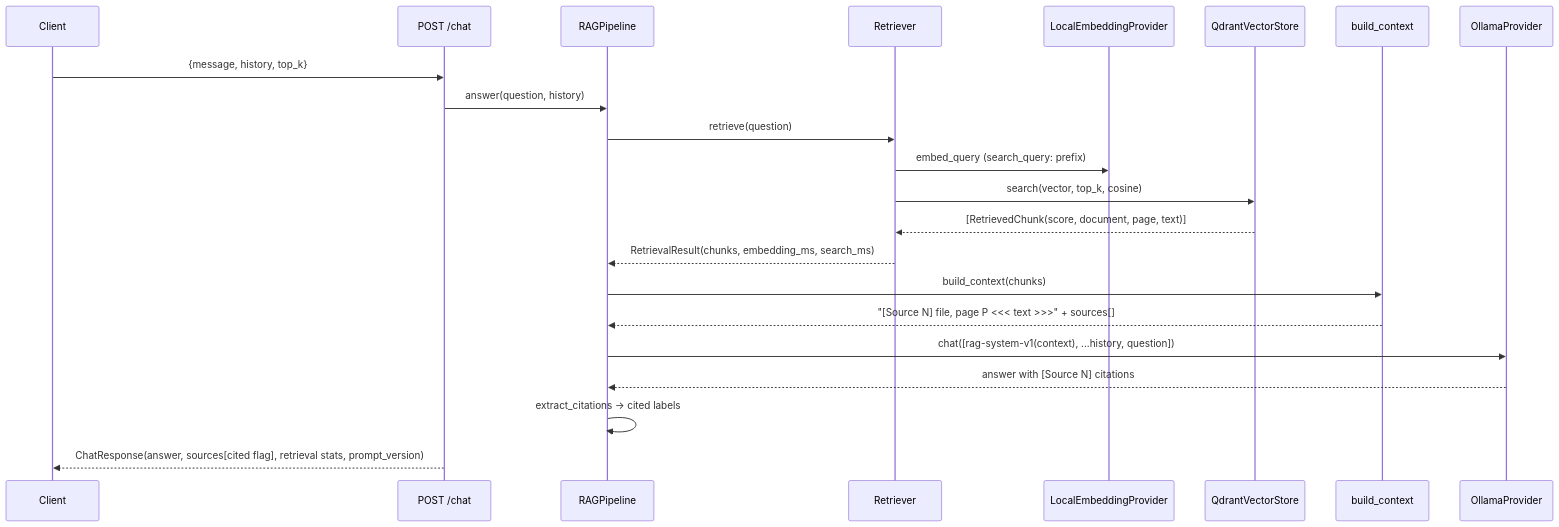
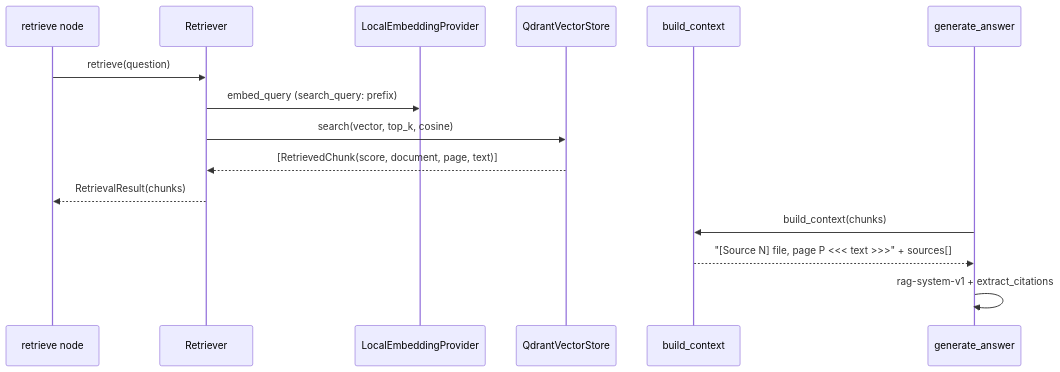
The fourth of 5 diagrams in docs/architecture.md (PMooney03/AgenticAI), drawn with Mermaid before and after one commit. The commit also changed other lines of this file and 49 other files, not shown here.

Commit message:
Phase 4: LangGraph agent decides retrieve vs tool vs answer, with inspectable workflow traces.

````diff
--- a/docs/architecture.md
+++ b/docs/architecture.md
@@ -78,25 +113,18 @@
 ```mermaid
 sequenceDiagram
-    participant C as Client
-    participant A as POST /chat
-    participant P as RAGPipeline
+    participant R as retrieve node
     participant T as Retriever
     participant E as LocalEmbeddingProvider
     participant Q as QdrantVectorStore
     participant X as build_context
-    participant L as OllamaProvider
+    participant L as generate_answer
 
-    C->>A: {message, history, top_k}
-    A->>P: answer(question, history)
-    P->>T: retrieve(question)
+    R->>T: retrieve(question)
     T->>E: embed_query (search_query: prefix)
     T->>Q: search(vector, top_k, cosine)
     Q-->>T: [RetrievedChunk(score, document, page, text)]
-    T-->>P: RetrievalResult(chunks, embedding_ms, search_ms)
-    P->>X: build_context(chunks)
-    X-->>P: "[Source N] file, page P <<< text >>>" + sources[]
-    P->>L: chat([rag-system-v1(context), ...history, question])
-    L-->>P: answer with [Source N] citations
-    P->>P: extract_citations -> cited labels
-    A-->>C: ChatResponse(answer, sources[cited flag], retrieval stats, prompt_version)
+    T-->>R: RetrievalResult(chunks)
+    L->>X: build_context(chunks)
+    X-->>L: "[Source N] file, page P <<< text >>>" + sources[]
+    L->>L: rag-system-v1 + extract_citations
 ```
````
